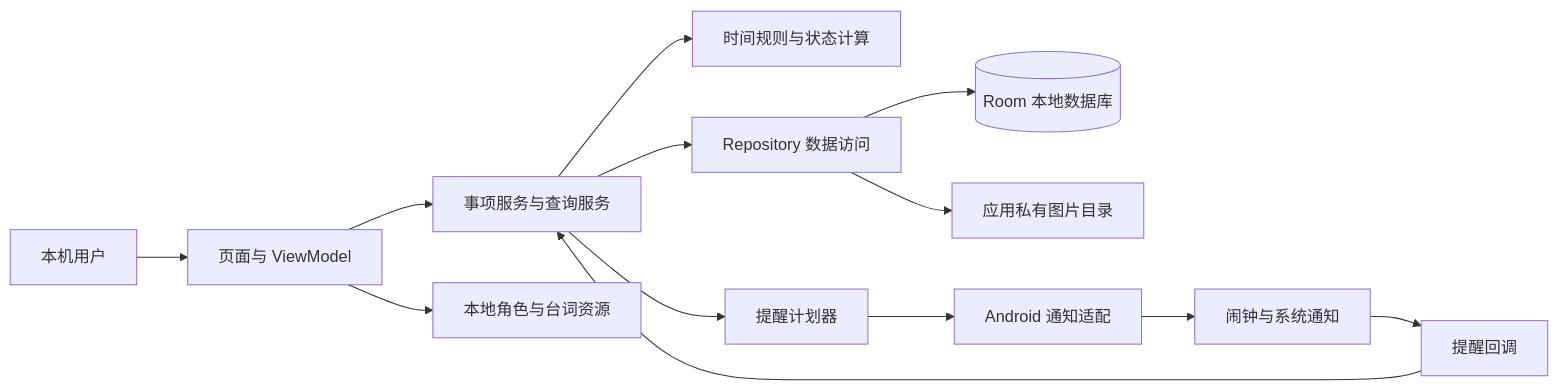
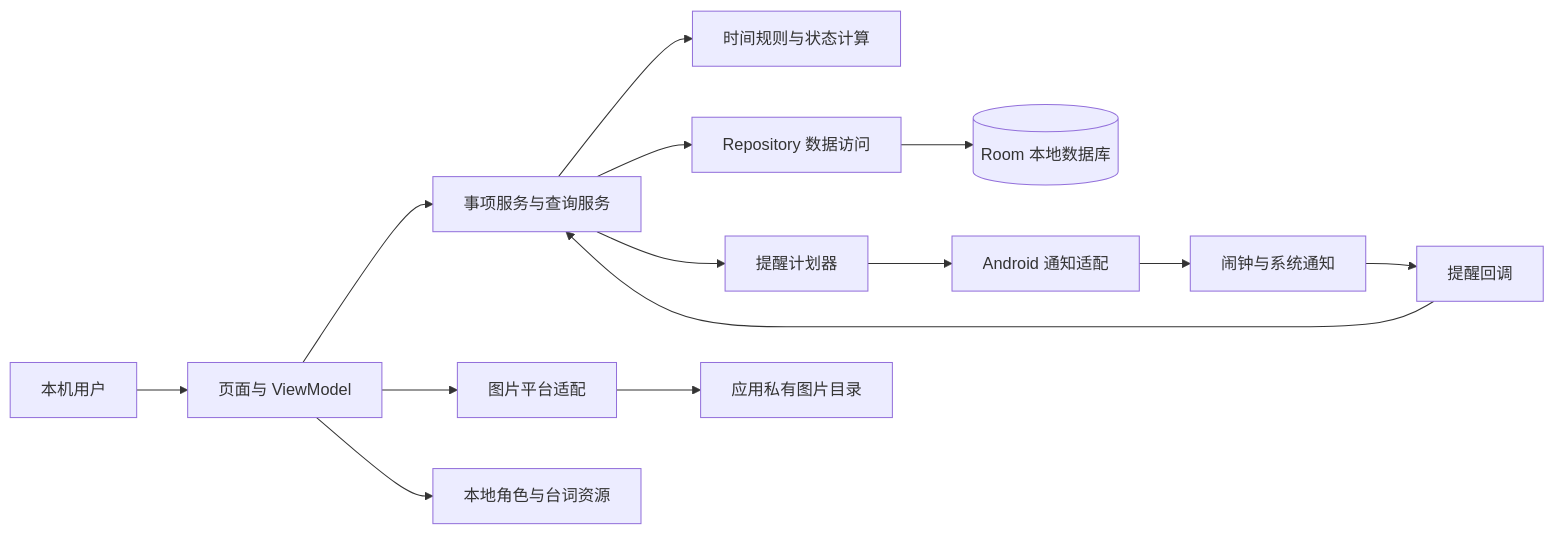
One commit to zidodo1124/hust26_software_engineering_homework changed the first of 3 diagrams in docs/design.md. Above: the diagram before and after it, drawn with Mermaid. The commit also changed other lines of this file and 61 other files, not shown here.

````diff
--- a/docs/design.md
+++ b/docs/design.md
@@ -54,15 +55,16 @@
 ```mermaid
 flowchart LR
     User[本机用户] --> UI[页面与 ViewModel]
     UI --> Service[事项服务与查询服务]
     Service --> Rules[时间规则与状态计算]
     Service --> Repo[Repository 数据访问]
     Repo --> DB[(Room 本地数据库)]
-    Repo --> Files[应用私有图片目录]
+    UI --> Images[图片平台适配]
+    Images --> Files[应用私有图片目录]
     Service --> Planner[提醒计划器]
     Planner --> Adapter[Android 通知适配]
     Adapter --> System[闹钟与系统通知]
     System --> Receiver[提醒回调]
     Receiver --> Service
     UI --> Assets[本地角色与台词资源]
 ```
````
